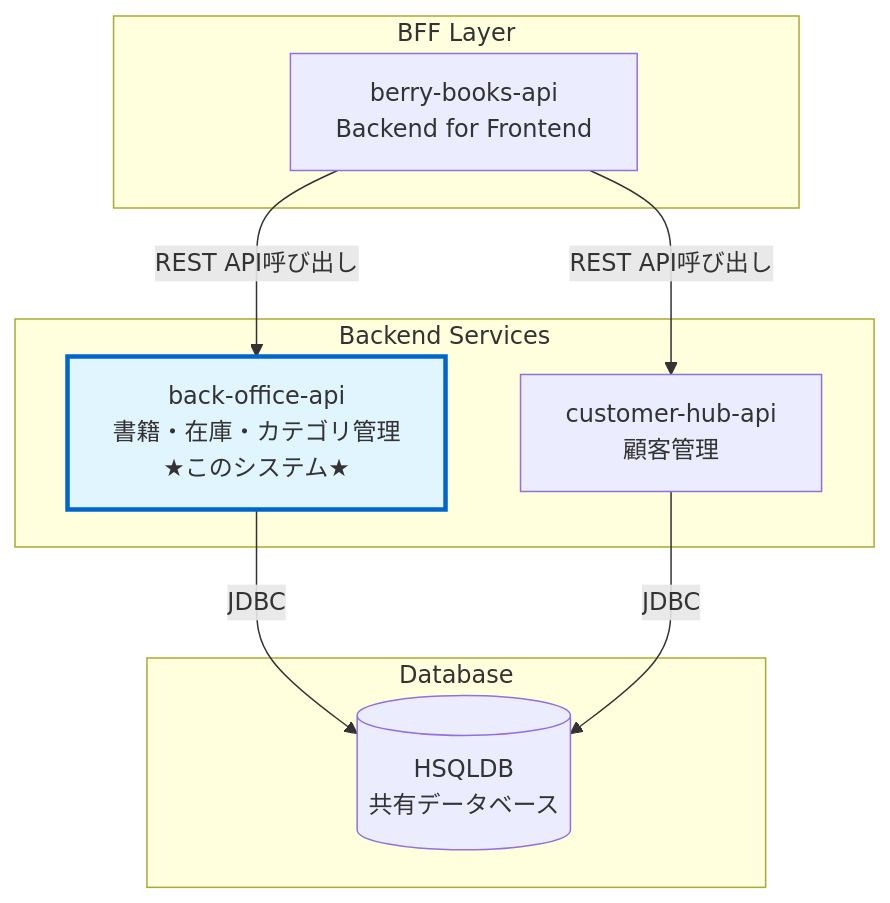
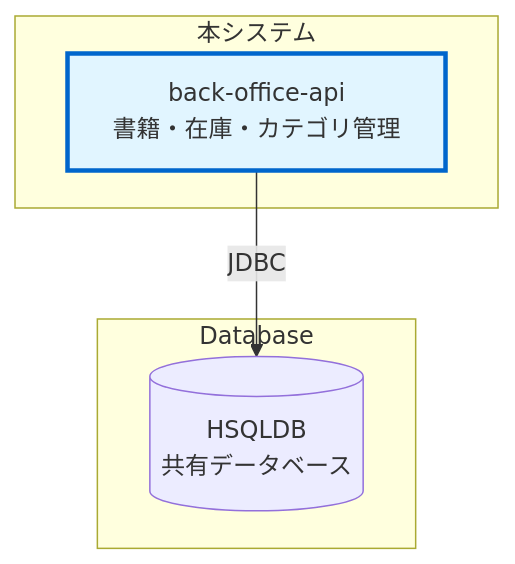
One commit to KenyaSaitoh/ai_driven_dev_202601 changed the diagram in projects/sdd/bookstore/back-office-api-sdd/specs/baseline/system/external_interface.md. Above: the diagram before and after it, drawn with Mermaid. The commit also changed other lines of this file and 69 other files, not shown here.

````diff
--- a/projects/sdd/bookstore/back-office-api-sdd/specs/baseline/system/external_interface.md
+++ b/projects/sdd/bookstore/back-office-api-sdd/specs/baseline/system/external_interface.md
@@ -11,22 +11,14 @@
 ```mermaid
 graph TB
-    subgraph "BFF Layer"
-        BFF[berry-books-api<br/>Backend for Frontend]
-    end
-    
-    subgraph "Backend Services"
-        BackOffice[back-office-api<br/>書籍・在庫・カテゴリ管理<br/>★このシステム★]
-        CustomerHub[customer-hub-api<br/>顧客管理]
+    subgraph "本システム"
+        BackOffice[back-office-api<br/>書籍・在庫・カテゴリ管理]
     end
     
     subgraph "Database"
         DB[(HSQLDB<br/>共有データベース)]
     end
     
-    BFF -->|REST API呼び出し| BackOffice
-    BFF -->|REST API呼び出し| CustomerHub
     BackOffice -->|JDBC| DB
-    CustomerHub -->|JDBC| DB
     
     style BackOffice fill:#e1f5ff,stroke:#0066cc,stroke-width:3px
 ```
````
